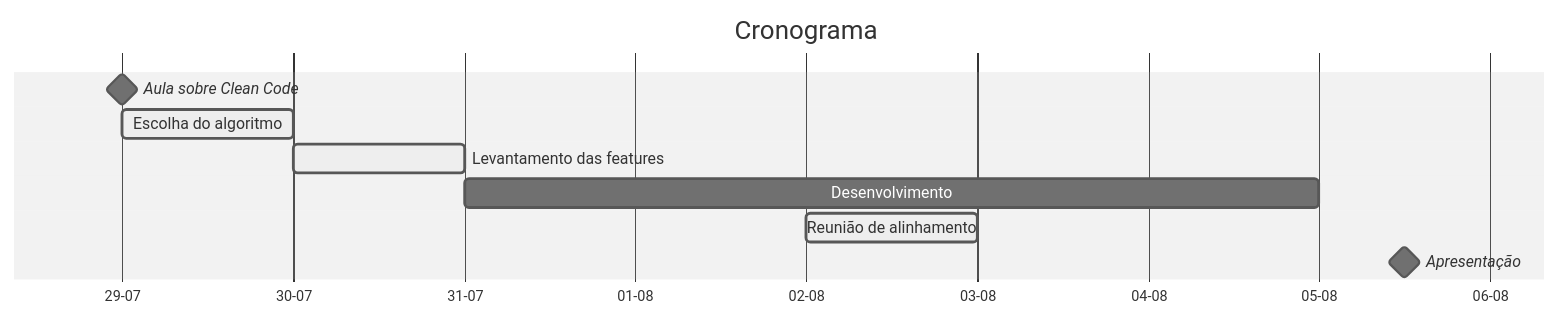
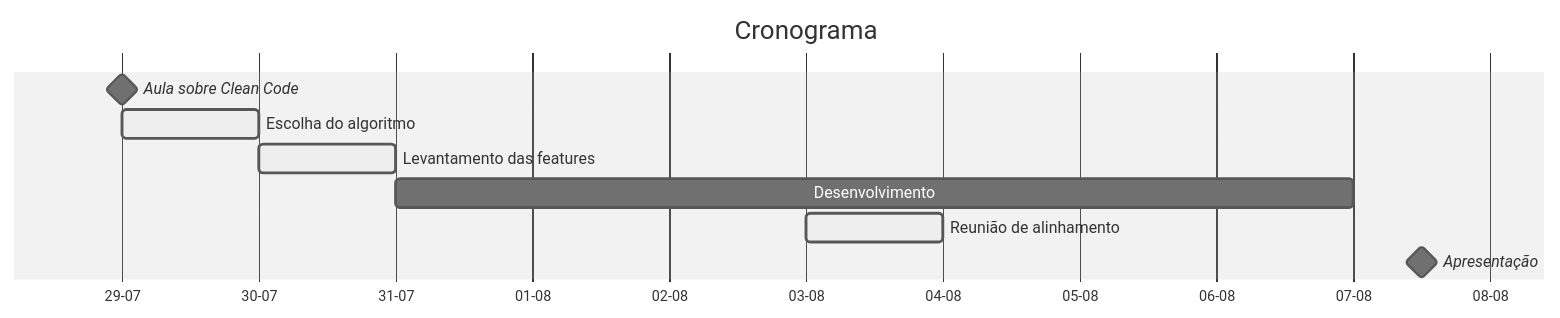
Before and after one commit to BrunoBiluca/biluca-knowledge: the second of 4 diagrams in team_training/dojo_mentoring/proposta_dojo.md, drawn with Mermaid (neutral theme). The commit also changed other lines of this file and 2 other files, not shown here.

````diff
--- a/team_training/dojo_mentoring/proposta_dojo.md
+++ b/team_training/dojo_mentoring/proposta_dojo.md
@@ -117,14 +122,14 @@
 ```mermaid
 gantt
     title Cronograma
     dateFormat  DD-MM-YYYY
     axisFormat %d-%m
     todayMarker off
 
     Aula sobre Clean Code         :milestone, m1, 29-07-2022, 0d
     Escolha do algoritmo          :active, a1, after m1, 1d
     Levantamento das features     :active, a2, after a1, 1d
-    Desenvolvimento               :a3, after a2, 5d
-    Reunião de alinhamento        :active, 02-08-2022, 1d
+    Desenvolvimento               :a3, after a2, 7d
+    Reunião de alinhamento        :active, 03-08-2022, 1d
     Apresentação                  :milestone, after a3, 1d
 ```
````
